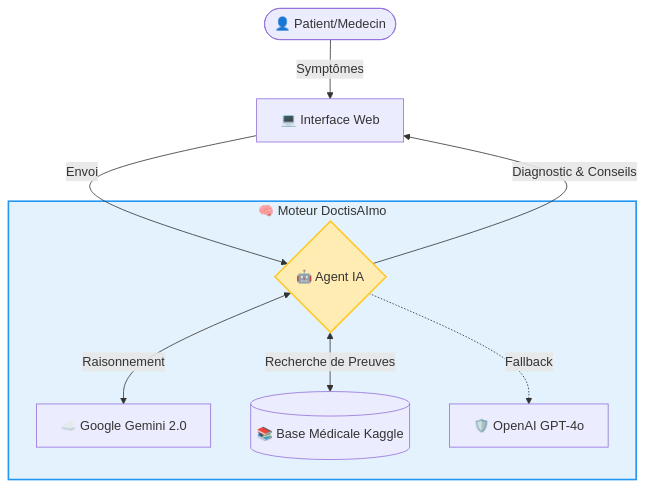
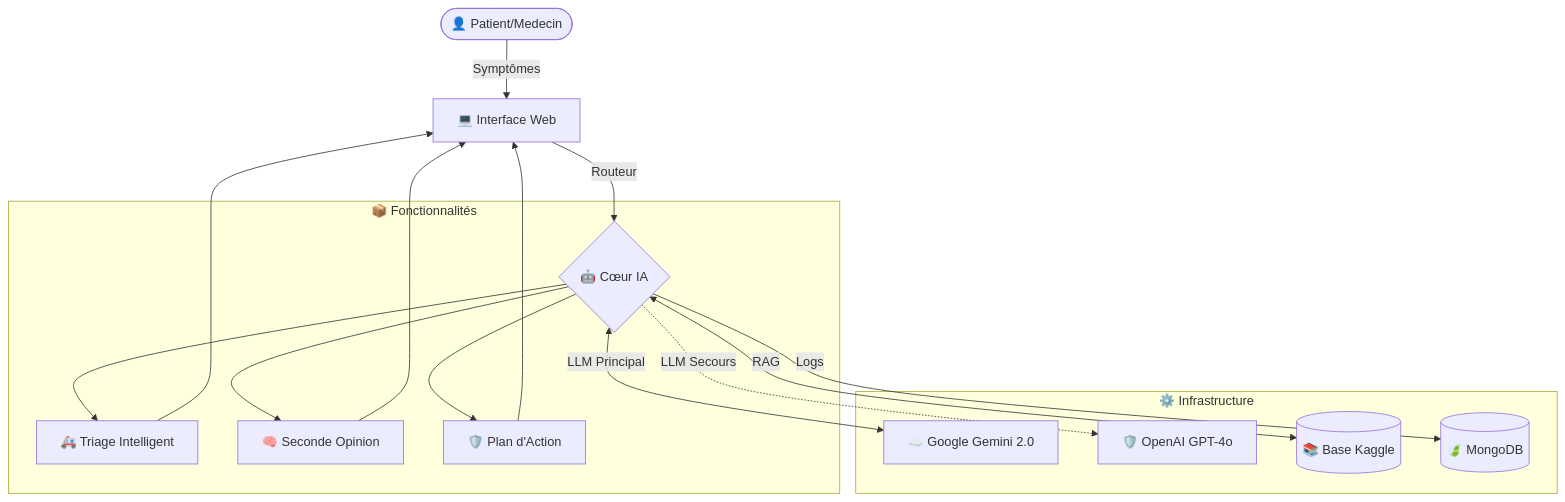
Before and after one commit to Adam-Blf/Projet-IA-Generative-Doctis-AI-mo: the first of 8 diagrams in README.md, drawn with Mermaid. The commit also changed other lines of this file, not shown here.

Commit message:
Docs: Center Align Header & Enhanced Dark-Mode Friendly Diagrams

````diff
--- a/README.md
+++ b/README.md
@@ -78,16 +72,20 @@
 ```mermaid
 graph TD
     User([👤 Patient/Medecin]) -->|Symptômes| UI[💻 Interface Web];
-    UI -->|Envoi| Agent{🤖 Agent IA};
+    UI -->|Routeur| Agent{🤖 Cœur IA};
     
-    subgraph Core [🧠 Moteur DoctisAImo]
-        Agent <-->|Raisonnement| Gemini[☁️ Google Gemini 2.0];
-        Agent <-->|Recherche de Preuves| RAG[(📚 Base Médicale Kaggle)];
-        Agent -.->|Fallback| GPT[🛡️ OpenAI GPT-4o];
+    subgraph Modules [📦 Fonctionnalités]
+        Agent --> Triage[🚑 Triage Intelligent];
+        Agent --> SecondOp[🧠 Seconde Opinion];
+        Agent --> Plan[🛡️ Plan d'Action];
+    end
+
+    subgraph Backend [⚙️ Infrastructure]
+        Agent <-->|LLM Principal| Gemini[☁️ Google Gemini 2.0];
+        Agent -.->|LLM Secours| GPT[🛡️ OpenAI GPT-4o];
+        Agent <-->|RAG| DB[(📚 Base Kaggle)];
+        Agent -->|Logs| Mongo[(🍃 MongoDB)];
     end
     
-    Agent -->|Diagnostic & Conseils| UI;
-    
-    style Core fill:#e3f2fd,stroke:#2196f3,stroke-width:2px
-    style Agent fill:#ffecb3,stroke:#ffca28,stroke-width:2px
+    Triage & SecondOp & Plan --> UI;
 ```
````
